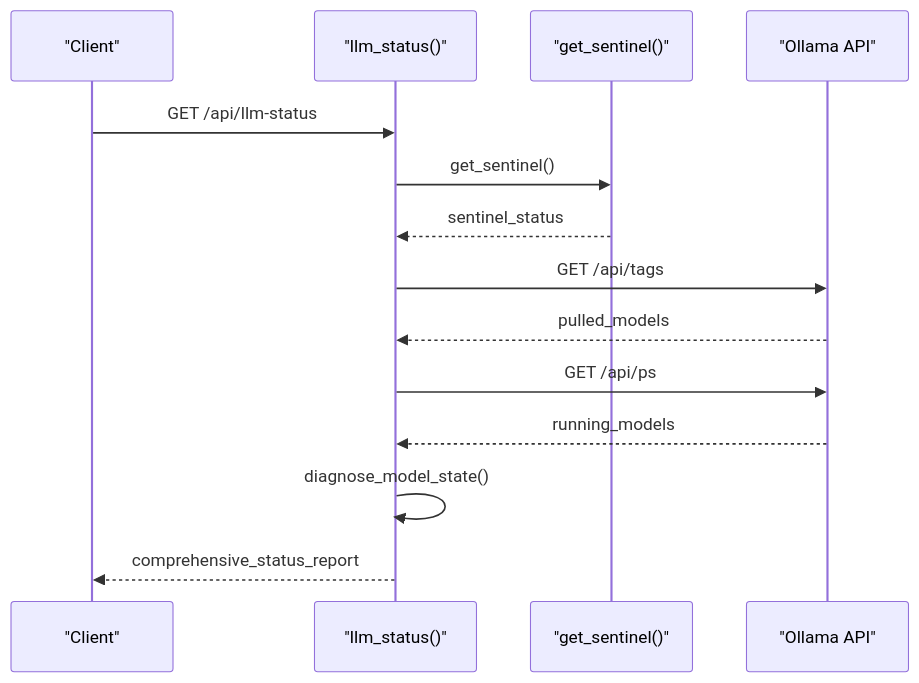
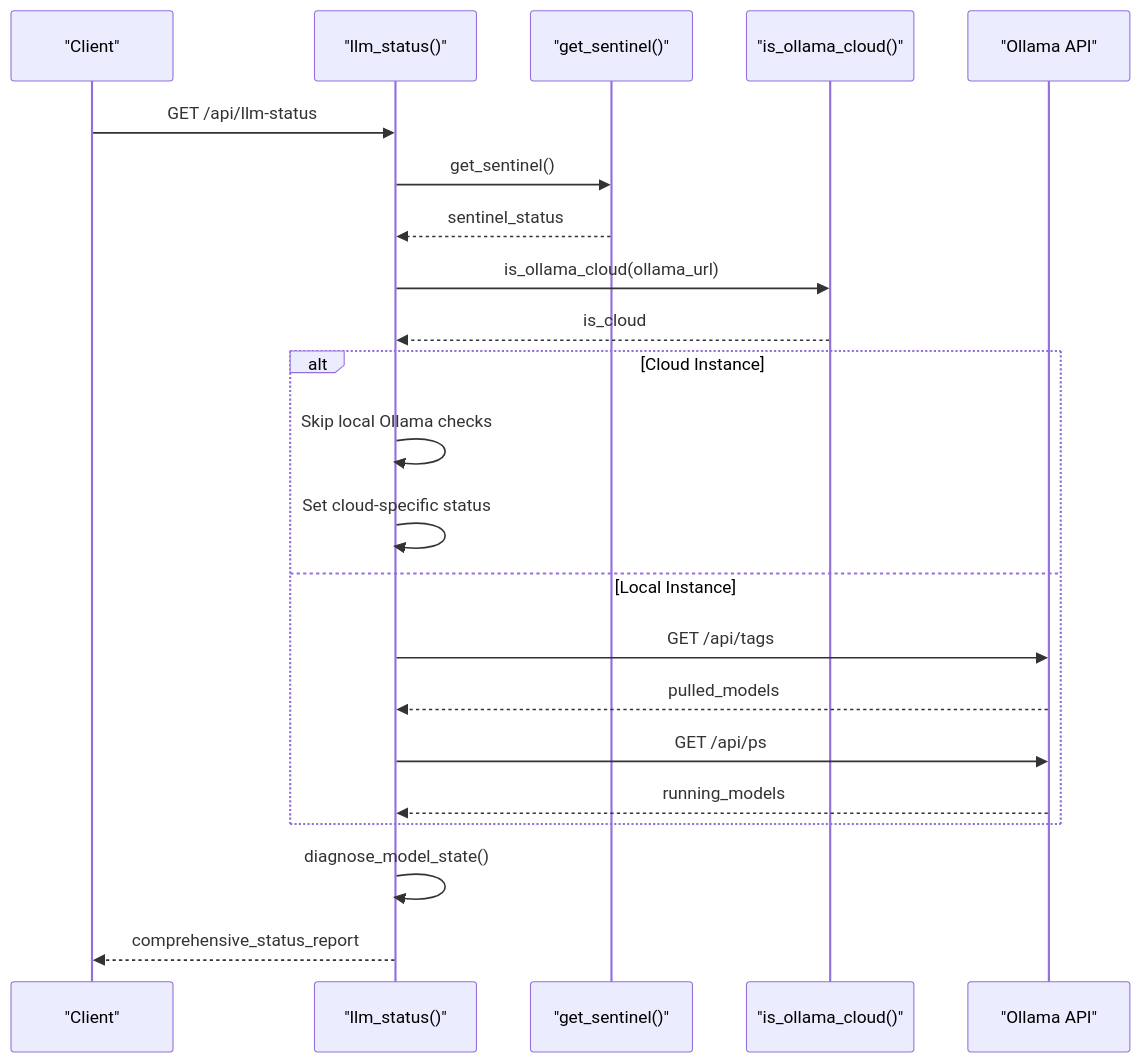
One commit to Revanththetalogics/aireume changed the seventh of 15 diagrams in .qoder/repowiki/en/content/Analysis Engine/LLM Service Integration.md. Above: the diagram before and after it, drawn with Mermaid. The commit also changed other lines of this file and 11 other files, not shown here.

````diff
--- a/.qoder/repowiki/en/content/Analysis Engine/LLM Service Integration.md
+++ b/.qoder/repowiki/en/content/Analysis Engine/LLM Service Integration.md
@@ -327,16 +401,24 @@
 ```mermaid
 sequenceDiagram
 participant Client as "Client"
 participant API as "llm_status()"
 participant Sentinel as "get_sentinel()"
+participant CloudAuth as "is_ollama_cloud()"
 participant Ollama as "Ollama API"
 Client->>API : GET /api/llm-status
 API->>Sentinel : get_sentinel()
 Sentinel-->>API : sentinel_status
+API->>CloudAuth : is_ollama_cloud(ollama_url)
+CloudAuth-->>API : is_cloud
+alt Cloud Instance
+API->>API : Skip local Ollama checks
+API->>API : Set cloud-specific status
+else Local Instance
 API->>Ollama : GET /api/tags
 Ollama-->>API : pulled_models
 API->>Ollama : GET /api/ps
 Ollama-->>API : running_models
+end
 API->>API : diagnose_model_state()
 API-->>Client : comprehensive_status_report
 ```
````
